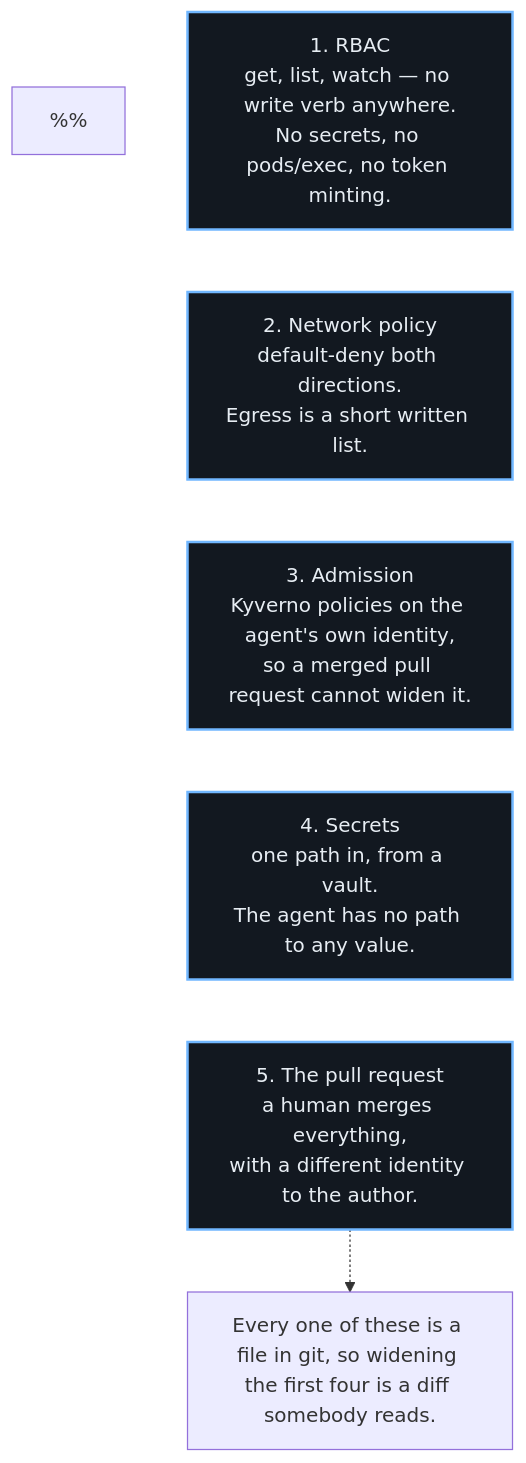
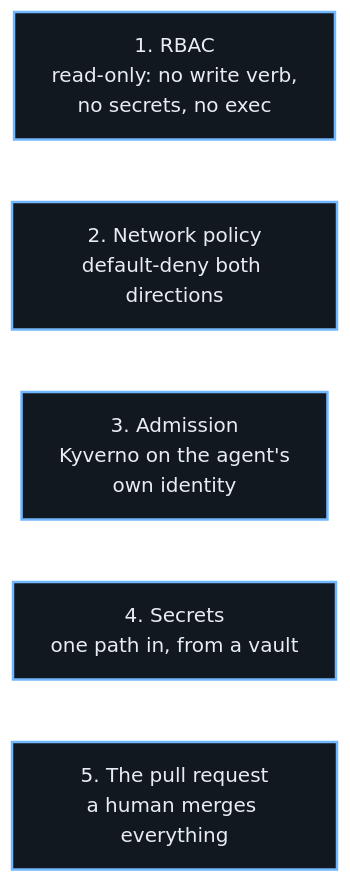
The diagram in documentation/site-diagrams/src/guardrails.mmd (kg6zjl/clusters), drawn with Mermaid before and after one commit. The commit also changed 27 other files, not shown here.

```diff
--- a/documentation/site-diagrams/src/guardrails.mmd
+++ b/documentation/site-diagrams/src/guardrails.mmd
@@ -1,20 +1,26 @@
 flowchart TB
-%% Five independent controls. That they are independent is the point, and it is why they are
-%% drawn as five stacked boxes with no arrows between them rather than as a chain: any one of
-%% them being wrong has to leave the other four standing. A single gate that "mostly works" is
-%% one bug away from nothing; five narrow ones are one bug away from four.
-%%
-%% The invisible links exist only to force one box per row.
+%% Five independent controls. That they are independent is the point, and it is why they are drawn
+%% as five stacked boxes with no arrows between them rather than as a chain: any one of them being
+%% wrong has to leave the other four standing. A single gate that "mostly works" is one bug away
+%% from nothing; five narrow ones are one bug away from four.
 
-  rbac["1. RBAC<br/>get, list, watch — no write verb anywhere.<br/>No secrets, no pods/exec, no token minting."] ~~~ netpol
-  netpol["2. Network policy<br/>default-deny both directions.<br/>Egress is a short written list."] ~~~ admission
-  admission["3. Admission<br/>Kyverno policies on the agent's own identity,<br/>so a merged pull request cannot widen it."] ~~~ secrets
-  secrets["4. Secrets<br/>one path in, from a vault.<br/>The agent has no path to any value."] ~~~ prgate
-  prgate["5. The pull request<br/>a human merges everything,<br/>with a different identity to the author."]
+%% Every one of these is a file in git, so widening any of them is a diff somebody reads.
 
-  note["Every one of these is a file in git, so widening the first four is a diff somebody reads."]
+%% The invisible links exist only to force one box per row. They assert nothing.
 
-  prgate -.-> note
+  rbac["1. RBAC<br/>read-only: no write verb,<br/>no secrets, no exec"]
+  netpol["2. Network policy<br/>default-deny both directions"]
+  admission["3. Admission<br/>Kyverno on the agent's<br/>own identity"]
+  secrets["4. Secrets<br/>one path in, from a vault"]
+  prgate["5. The pull request<br/>a human merges everything"]
 
+  rbac ~~~ netpol
+  netpol ~~~ admission
+  admission ~~~ secrets
+  secrets ~~~ prgate
+
+  %% All five are the same blue on purpose. Colouring them differently would imply a hierarchy or
+  %% a ranking between controls that does not exist — the argument of this figure is that they are
+  %% peers, and the drawing should not argue against it.
   classDef control fill:#121820,stroke:#71b7ff,stroke-width:2px,color:#e7edf3
   class rbac,netpol,admission,secrets,prgate control
```
